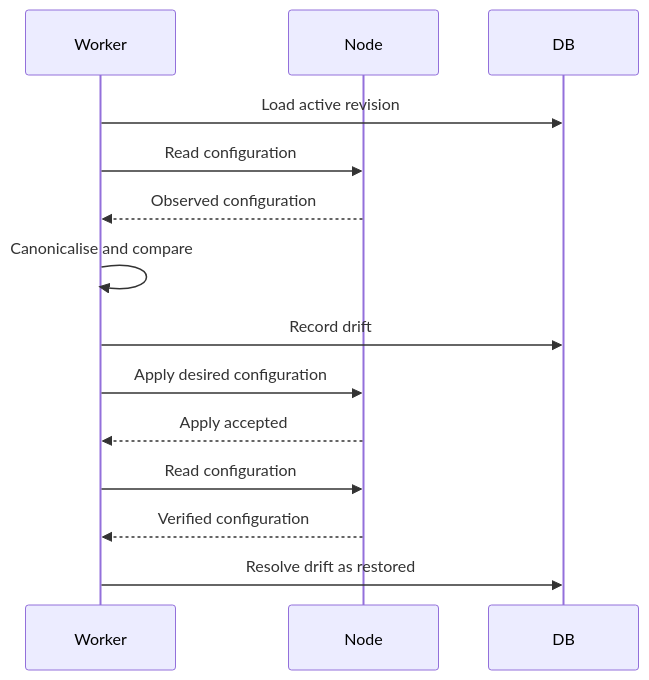
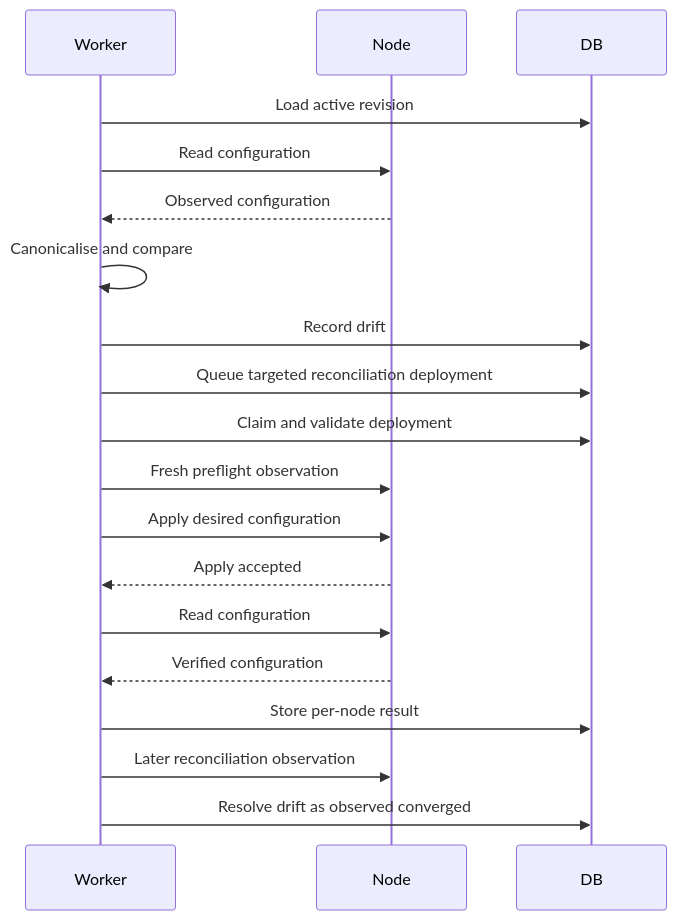
The diagram in docs/diagrams/sequence-diagrams.md (benchristian88/agh-ha-controller), drawn with Mermaid before and after one commit. The commit also changed 68 other files, not shown here.

````diff
--- a/docs/diagrams/sequence-diagrams.md
+++ b/docs/diagrams/sequence-diagrams.md
@@ -5,17 +5,22 @@
 ```mermaid
 sequenceDiagram
     participant Worker
     participant Node
     participant DB
 
     Worker->>DB: Load active revision
     Worker->>Node: Read configuration
     Node-->>Worker: Observed configuration
     Worker->>Worker: Canonicalise and compare
     Worker->>DB: Record drift
-    Worker->>Node: Apply desired configuration
-    Node-->>Worker: Apply accepted
-    Worker->>Node: Read configuration
-    Node-->>Worker: Verified configuration
-    Worker->>DB: Resolve drift as restored
+	Worker->>DB: Queue targeted reconciliation deployment
+	Worker->>DB: Claim and validate deployment
+	Worker->>Node: Fresh preflight observation
+	Worker->>Node: Apply desired configuration
+	Node-->>Worker: Apply accepted
+	Worker->>Node: Read configuration
+	Node-->>Worker: Verified configuration
+	Worker->>DB: Store per-node result
+	Worker->>Node: Later reconciliation observation
+	Worker->>DB: Resolve drift as observed converged
 ```
````
